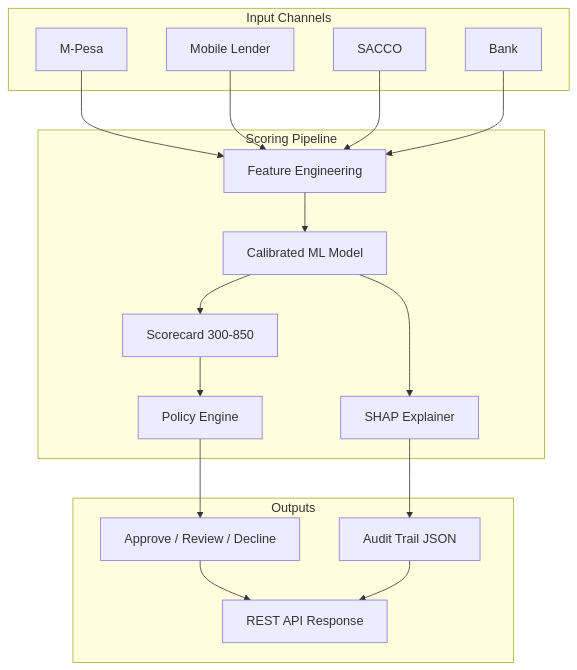
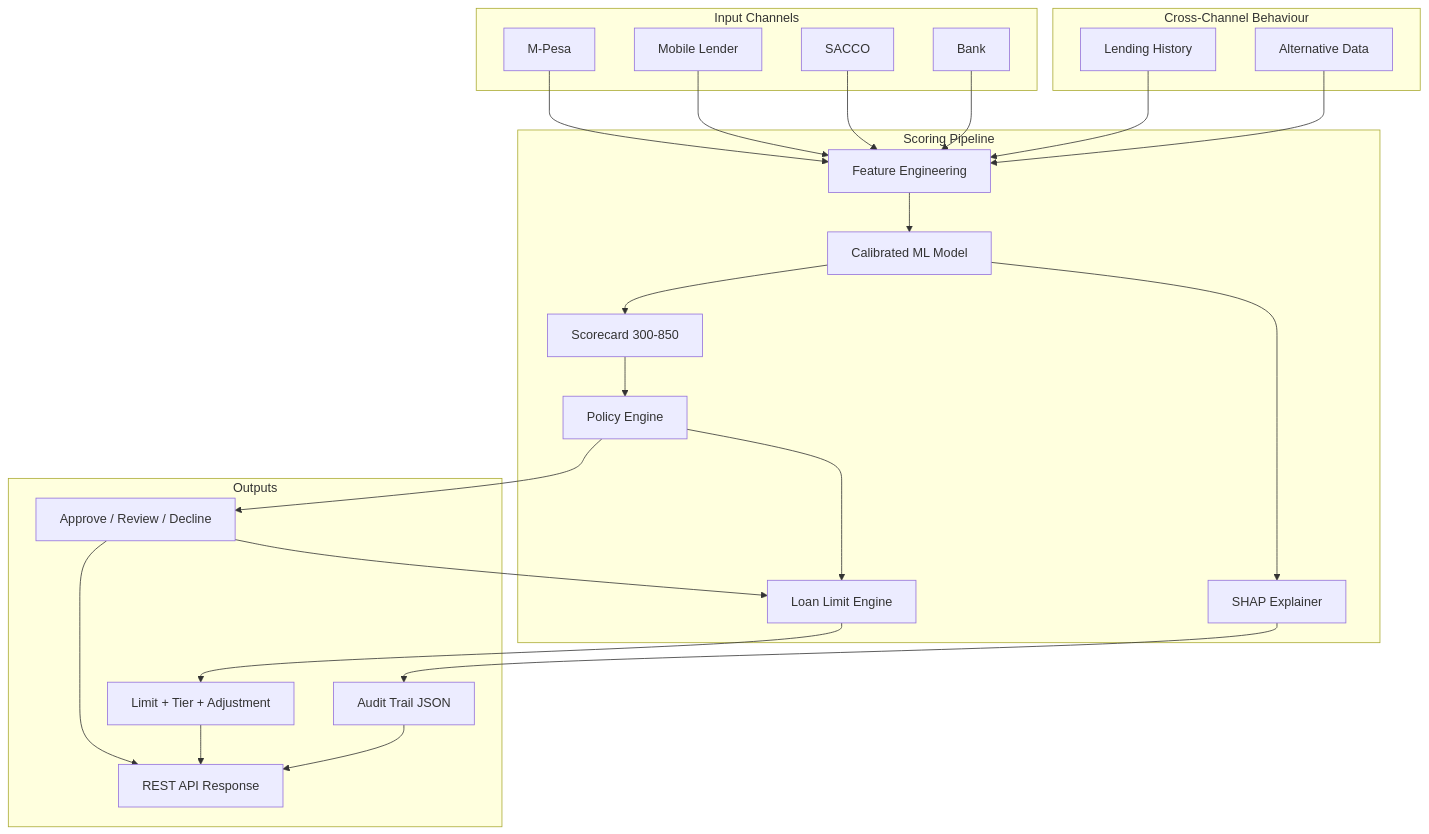
The first of 2 diagrams in README.md (duncanmwirigi/Credit-Scoring-for-East-Africa), drawn with Mermaid before and after one commit. The commit also changed other lines of this file and 12 other files, not shown here.

Commit message:
Cross-channel SHAP leakage

````diff
--- a/README.md
+++ b/README.md
@@ -35,36 +38,49 @@
 ```mermaid
 flowchart TB
     subgraph inputs [Input Channels]
         M[M-Pesa]
         MLend[Mobile Lender]
         S[SACCO]
         B[Bank]
     end
 
+    subgraph behavior [Cross-Channel Behaviour]
+        LH[Lending History]
+        AD[Alternative Data]
+    end
+
     subgraph pipeline [Scoring Pipeline]
         FE[Feature Engineering]
         ML[Calibrated ML Model]
         SC[Scorecard 300-850]
         PO[Policy Engine]
+        LE[Loan Limit Engine]
         SH[SHAP Explainer]
     end
 
     subgraph outputs [Outputs]
         DEC[Approve / Review / Decline]
+        LIM[Limit + Tier + Adjustment]
         AT[Audit Trail JSON]
         API[REST API Response]
     end
 
     M --> FE
     MLend --> FE
     S --> FE
     B --> FE
+    LH --> FE
+    AD --> FE
     FE --> ML
     ML --> SC
     ML --> SH
     SC --> PO
     PO --> DEC
+    PO --> LE
+    DEC --> LE
+    LE --> LIM
     SH --> AT
     DEC --> API
+    LIM --> API
     AT --> API
 ```
````
